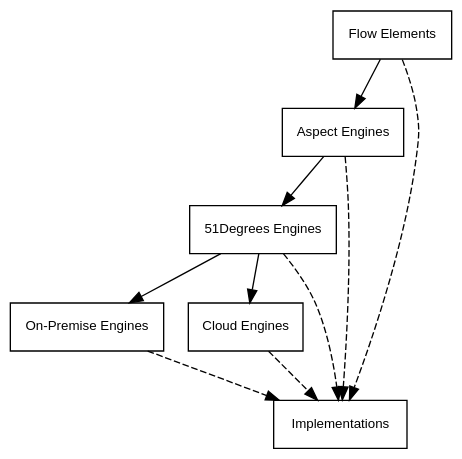
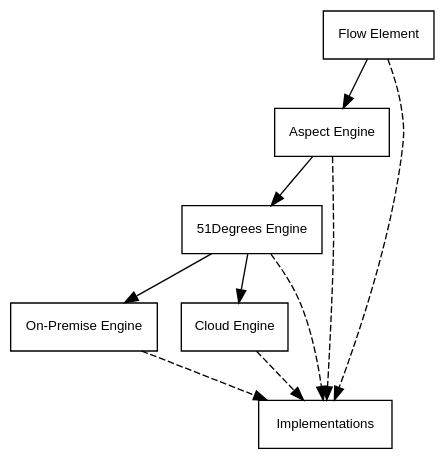
One commit to 51Degrees/documentation changed the diagram in src/graphs/flowelement-hierarchy.dot. Above: the diagram before and after it, drawn with Graphviz. The commit also changed 3 other files, not shown here.

Commit message:
DOC: Added explanation of aliases to Documentation.md, added alias for datakey, added data key section in flow element.

```diff
--- a/src/graphs/flowelement-hierarchy.dot
+++ b/src/graphs/flowelement-hierarchy.dot
@@ -1,21 +1,21 @@
 digraph H {
     bgcolor=transparent;
     node [shape=record, fontname=Helvetica, fontsize=10];
     
-    FE [label="Flow Elements", URL="@ref Concepts_FlowElements_FlowElement"];
-    AE [label="Aspect Engines", URL="@ref Concepts_FlowElements_AspectEngine"];
-    FODE [label="51Degrees Engines", URL="@ref Concepts_FlowElements_FiftyOneEngine"];
-    OPE [label="On-Premise Engines", URL="@ref Concepts_FlowElements_OnPremiseEngine"];
-    CE [label="Cloud Engines", URL="@ref Concepts_FlowElements_CloudEngine"];
+    FE [label="Flow Element", URL="@ref Concepts_FlowElements_FlowElement"];
+    AE [label="Aspect Engine", URL="@ref Concepts_FlowElements_AspectEngine"];
+    FODE [label="51Degrees Engine", URL="@ref Concepts_FlowElements_FiftyOneEngine"];
+    OPE [label="On-Premise Engine", URL="@ref Concepts_FlowElements_OnPremiseEngine"];
+    CE [label="Cloud Engine", URL="@ref Concepts_FlowElements_CloudEngine"];
     I [label=Implementations, URL="@ref Services_Index"];
     
     FE -> AE -> FODE -> OPE;
     FODE -> CE;
     
     edge[style=dashed];
     FE -> I;
     AE -> I;
     FODE -> I;
     OPE -> I;
     CE -> I;
 }
```
